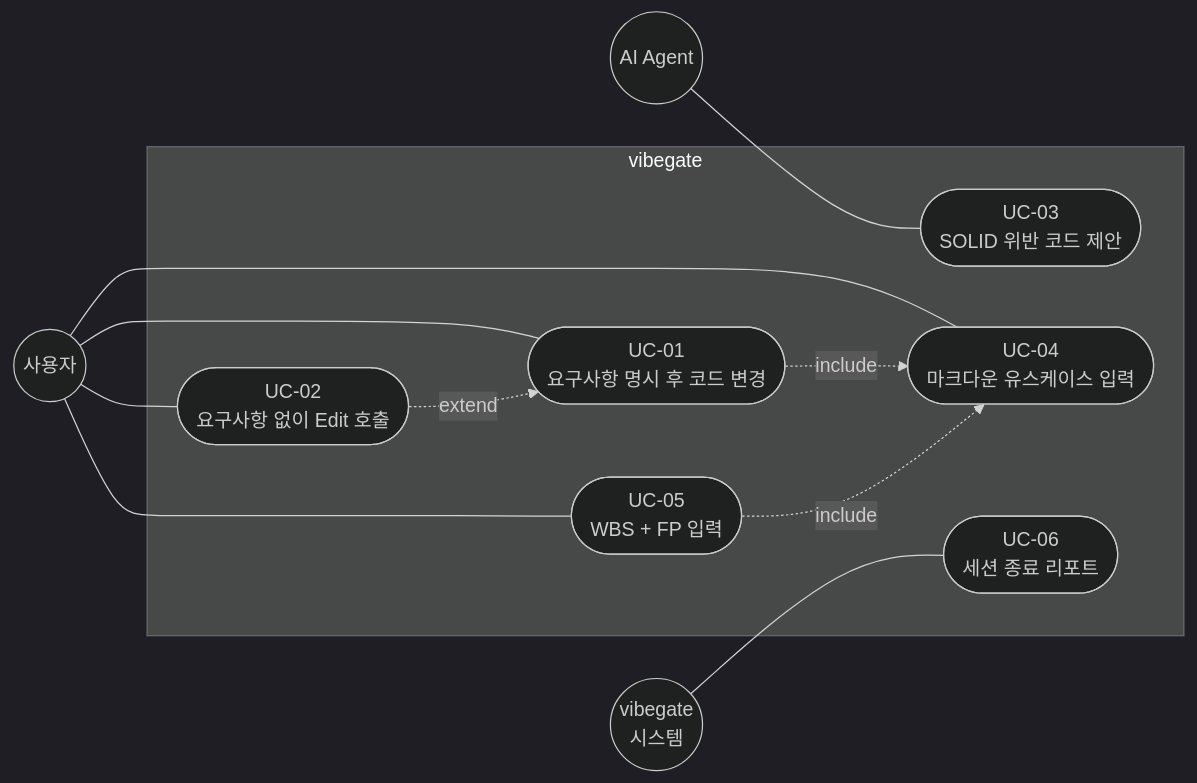
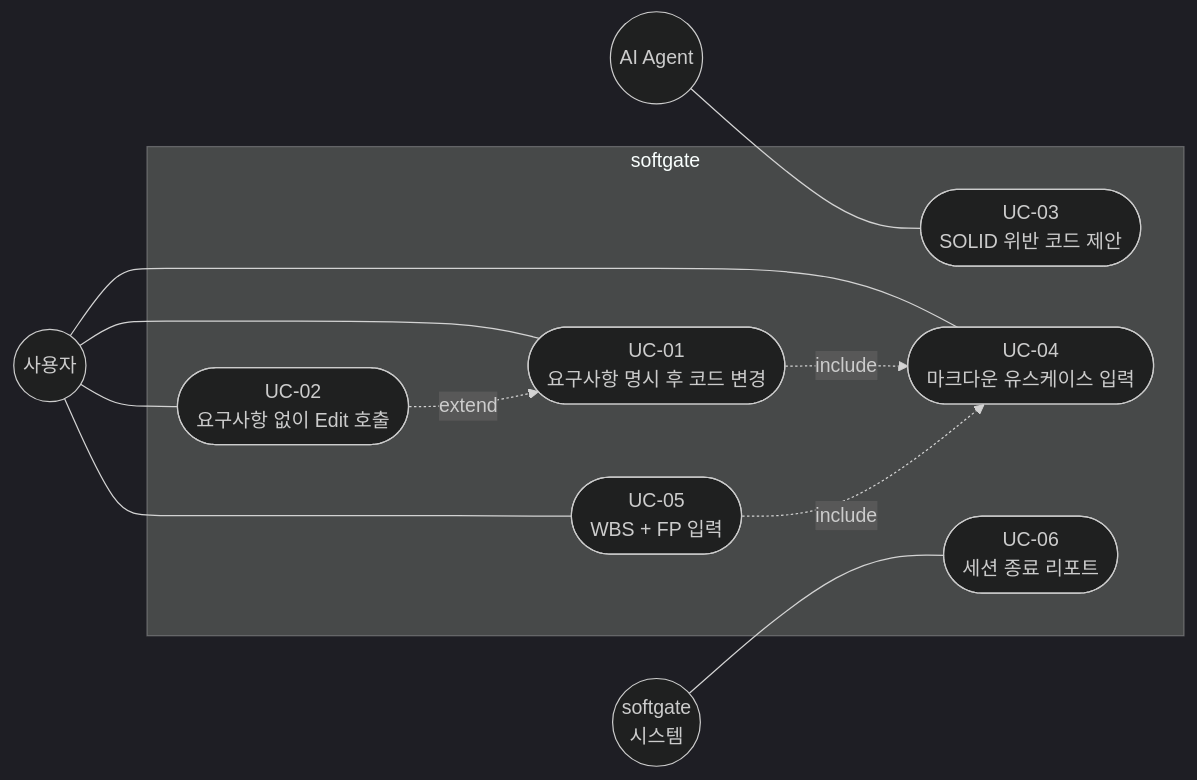
The first of 6 diagrams in docs/REQUIREMENTS.md (YujunOh/NaN-SE), drawn with Mermaid (dark theme) before and after one commit. The commit also changed other lines of this file and 7 other files, not shown here.

Commit message:
docs: bulk vibegate→softgate rename in remaining docs

````diff
--- a/docs/REQUIREMENTS.md
+++ b/docs/REQUIREMENTS.md
@@ -52,26 +52,26 @@
 ```mermaid
 flowchart LR
     User((사용자))
     AI((AI Agent))
-    System((vibegate<br/>시스템))
+    System((softgate<br/>시스템))
 
-    subgraph vibegate
+    subgraph softgate
         UC01([UC-01<br/>요구사항 명시 후 코드 변경])
         UC02([UC-02<br/>요구사항 없이 Edit 호출])
         UC03([UC-03<br/>SOLID 위반 코드 제안])
         UC04([UC-04<br/>마크다운 유스케이스 입력])
         UC05([UC-05<br/>WBS + FP 입력])
         UC06([UC-06<br/>세션 종료 리포트])
     end
 
     User --- UC01
     User --- UC02
     User --- UC04
     User --- UC05
     AI --- UC03
     System --- UC06
 
     UC01 -. include .-> UC04
     UC05 -. include .-> UC04
     UC02 -. extend .-> UC01
 ```
````
